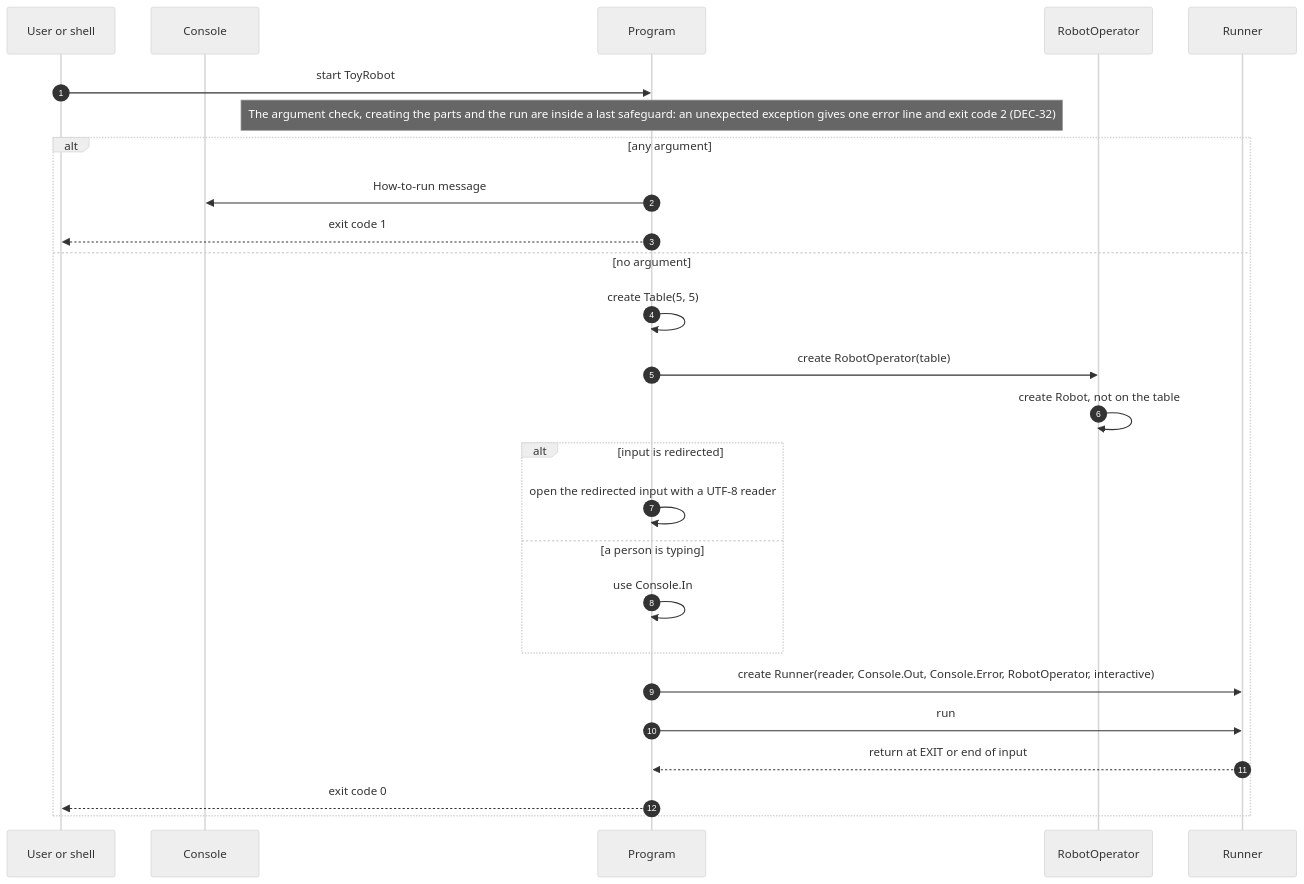
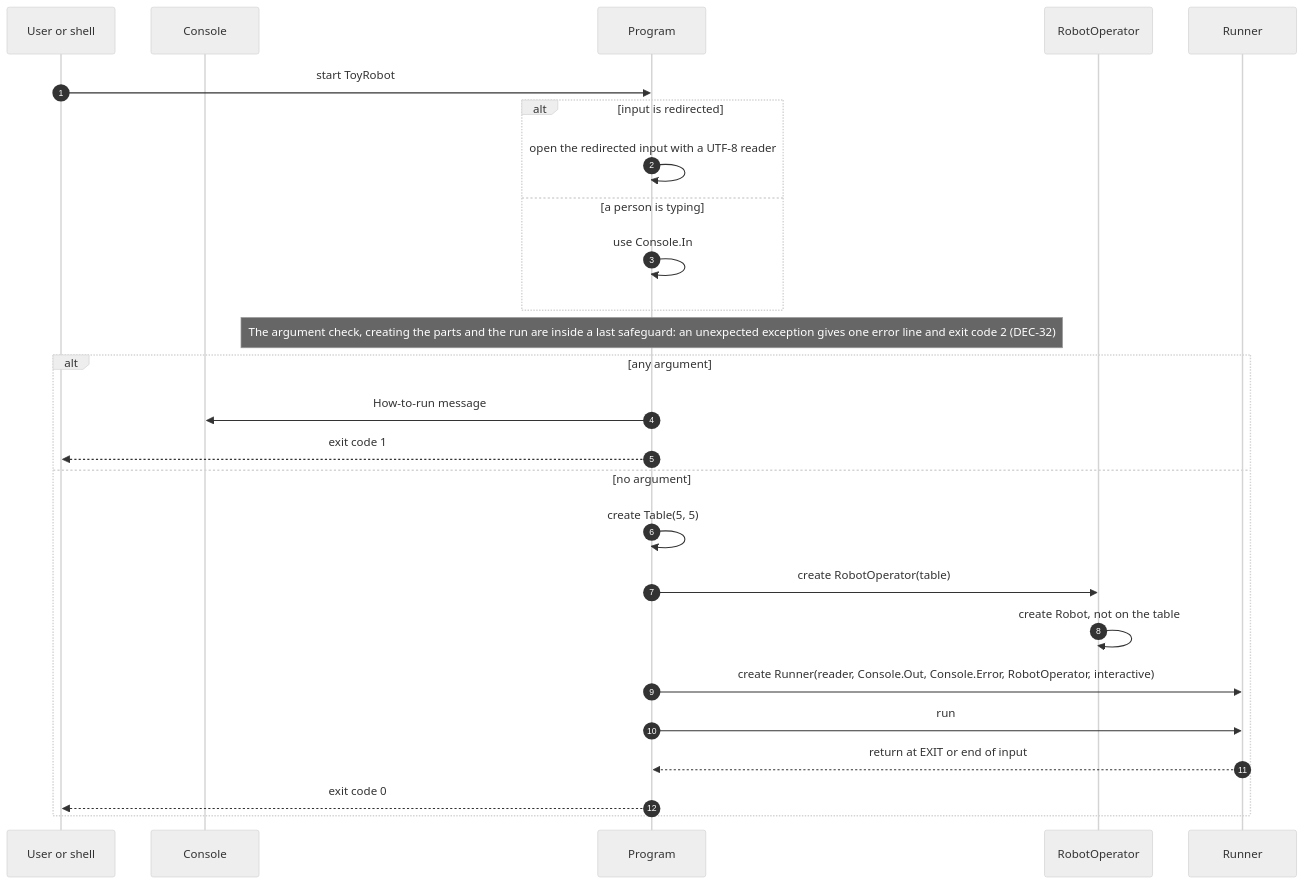
One commit to hetal-patel78/toy-robot-spec-driven changed the diagram in docs/solution-design/07-logical-flow/07-start-up.md. Above: the diagram before and after it, drawn with Mermaid (neutral theme). The commit also changed other lines of this file and 2 other files, not shown here.

Commit message:
Show Program choosing the input reader first in the start-up diagram (page 7.7)

````diff
--- a/docs/solution-design/07-logical-flow/07-start-up.md
+++ b/docs/solution-design/07-logical-flow/07-start-up.md
@@ -9,28 +9,28 @@
 ```mermaid
 sequenceDiagram
     autonumber
     participant U as User or shell
     participant C as Console
     participant G as Program
     participant O as RobotOperator
     participant R as Runner
     U->>G: start ToyRobot
+    alt input is redirected
+        G->>G: open the redirected input with a UTF-8 reader
+    else a person is typing
+        G->>G: use Console.In
+    end
     Note over G: The argument check, creating the parts and the run are inside a last safeguard: an unexpected exception gives one error line and exit code 2 (DEC-32)
     alt any argument
         G->>C: How-to-run message
         G-->>U: exit code 1
     else no argument
         G->>G: create Table(5, 5)
         G->>O: create RobotOperator(table)
         O->>O: create Robot, not on the table
-        alt input is redirected
-            G->>G: open the redirected input with a UTF-8 reader
-        else a person is typing
-            G->>G: use Console.In
-        end
         G->>R: create Runner(reader, Console.Out, Console.Error, RobotOperator, interactive)
         G->>R: run
         R-->>G: return at EXIT or end of input
         G-->>U: exit code 0
     end
 ```
````
